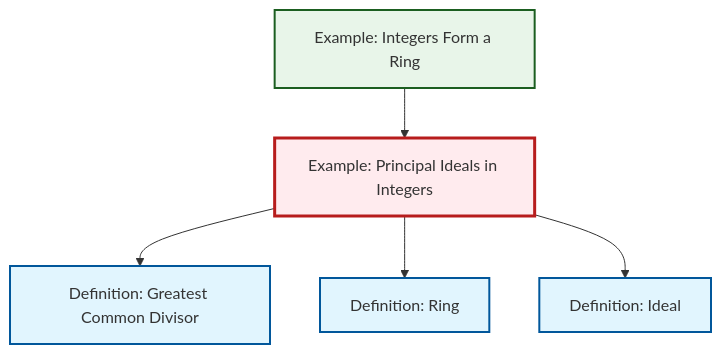
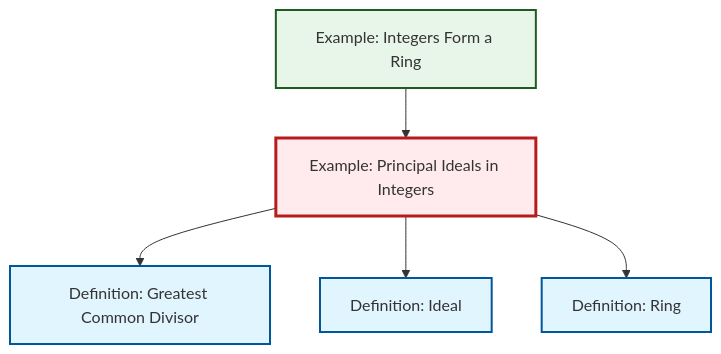
The diagram in content/en/algebra/ex-principal-ideal.qmd (RK0429/ModernMath), drawn with Mermaid before and after one commit. The commit also changed other lines of this file and 581 other files, not shown here.

````diff
--- a/content/en/algebra/ex-principal-ideal.qmd
+++ b/content/en/algebra/ex-principal-ideal.qmd
@@ -63,23 +63,23 @@
 ```{mermaid}
 %%| fig-cap: "Local dependency graph"
 graph TD
     classDef definition fill:#e1f5fe,stroke:#01579b,stroke-width:2px
     classDef theorem fill:#f3e5f5,stroke:#4a148c,stroke-width:2px
     classDef axiom fill:#fff3e0,stroke:#e65100,stroke-width:2px
     classDef example fill:#e8f5e9,stroke:#1b5e20,stroke-width:2px
     classDef current fill:#ffebee,stroke:#b71c1c,stroke-width:3px
-    ex-principal-ideal["Example: Principal Ideals in Integers"]:::example
     def-ring["Definition: Ring"]:::definition
     def-ideal["Definition: Ideal"]:::definition
+    ex-principal-ideal["Example: Principal Ideals in Integers"]:::example
+    def-gcd["Definition: Greatest Common Divisor"]:::definition
     ex-integers-ring["Example: Integers Form a Ring"]:::example
-    def-gcd["Definition: Greatest Common Divisor"]:::definition
     ex-principal-ideal --> def-gcd
-    ex-principal-ideal --> def-ring
     ex-integers-ring --> ex-principal-ideal
     ex-principal-ideal --> def-ideal
+    ex-principal-ideal --> def-ring
     class ex-principal-ideal current
     click def-ring "def-ring.html" "Go to Ring definition"
     click def-ideal "def-ideal.html" "Go to Ideal definition"
+    click def-gcd "def-gcd.html" "Go to Greatest Common Divisor definition"
     click ex-integers-ring "ex-integers-ring.html" "Go to Integers Form a Ring example"
-    click def-gcd "def-gcd.html" "Go to Greatest Common Divisor definition"
 ```
````
